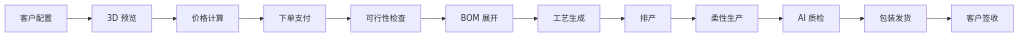
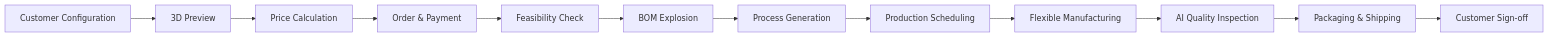
The second of 3 diagrams in tree/application/architecture/flexible-manufacturing.md (teaglebuilt/knowledge-tree), drawn with Mermaid before and after one commit. The commit also changed other lines of this file and 8 other files, not shown here.

````diff
--- a/tree/application/architecture/flexible-manufacturing.md
+++ b/tree/application/architecture/flexible-manufacturing.md
@@ -232,14 +234,14 @@
 ```mermaid
 flowchart LR
-    A[客户配置] --> B[3D 预览]
-    B --> C[价格计算]
-    C --> D[下单支付]
-    D --> E[可行性检查]
-    E --> F[BOM 展开]
-    F --> G[工艺生成]
-    G --> H[排产]
-    H --> I[柔性生产]
-    I --> J[AI 质检]
-    J --> K[包装发货]
-    K --> L[客户签收]
+    A[Customer Configuration] --> B[3D Preview]
+    B --> C[Price Calculation]
+    C --> D[Order & Payment]
+    D --> E[Feasibility Check]
+    E --> F[BOM Explosion]
+    F --> G[Process Generation]
+    G --> H[Production Scheduling]
+    H --> I[Flexible Manufacturing]
+    I --> J[AI Quality Inspection]
+    J --> K[Packaging & Shipping]
+    K --> L[Customer Sign-off]
 ```
````
